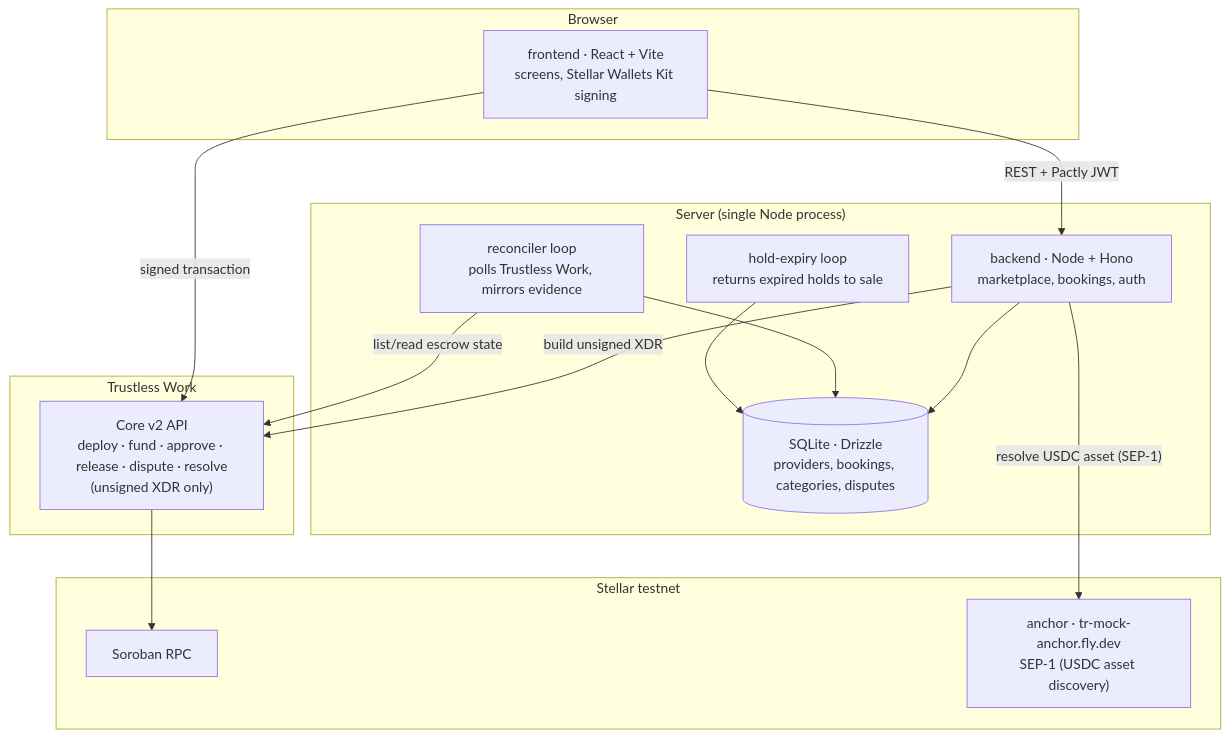
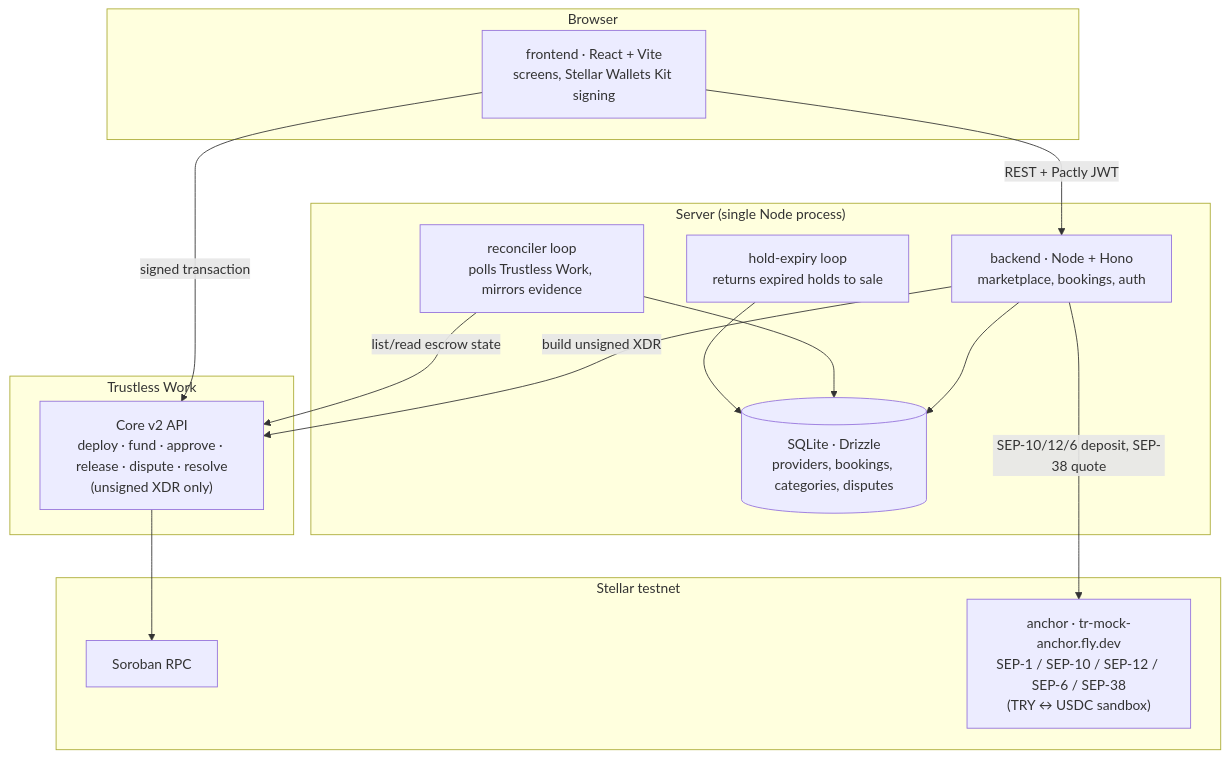
One commit to CemAyyildiz/Pactly changed the diagram in README.md. Above: the diagram before and after it, drawn with Mermaid. The commit also changed other lines of this file and 7 other files, not shown here.

First line of the commit message:
feat(2.4): make booking payment a three-step flow with a visible lock CTA

````diff
--- a/README.md
+++ b/README.md
@@ -127,29 +127,29 @@
 ```mermaid
 graph TD
   subgraph client["Browser"]
     FE["frontend · React + Vite<br/>screens, Stellar Wallets Kit signing"]
   end
   subgraph server["Server (single Node process)"]
     BE["backend · Node + Hono<br/>marketplace, bookings, auth"]
     RC["reconciler loop<br/>polls Trustless Work, mirrors evidence"]
     HX["hold-expiry loop<br/>returns expired holds to sale"]
     DB[("SQLite · Drizzle<br/>providers, bookings, categories, disputes")]
   end
   subgraph tw["Trustless Work"]
     TWAPI["Core v2 API<br/>deploy · fund · approve · release · dispute · resolve<br/>(unsigned XDR only)"]
   end
   subgraph chain["Stellar testnet"]
     RPC["Soroban RPC"]
-    ANCHOR["anchor · tr-mock-anchor.fly.dev<br/>SEP-1 (USDC asset discovery)"]
+    ANCHOR["anchor · tr-mock-anchor.fly.dev<br/>SEP-1 / SEP-10 / SEP-12 / SEP-6 / SEP-38<br/>(TRY ↔ USDC sandbox)"]
   end
 
   FE -->|"REST + Pactly JWT"| BE
   FE -->|"signed transaction"| TWAPI
   BE --> DB
   BE -->|"build unsigned XDR"| TWAPI
-  BE -->|"resolve USDC asset (SEP-1)"| ANCHOR
+  BE -->|"SEP-10/12/6 deposit, SEP-38 quote"| ANCHOR
   RC -->|"list/read escrow state"| TWAPI
   RC --> DB
   HX --> DB
   TWAPI --> RPC
 ```
````
